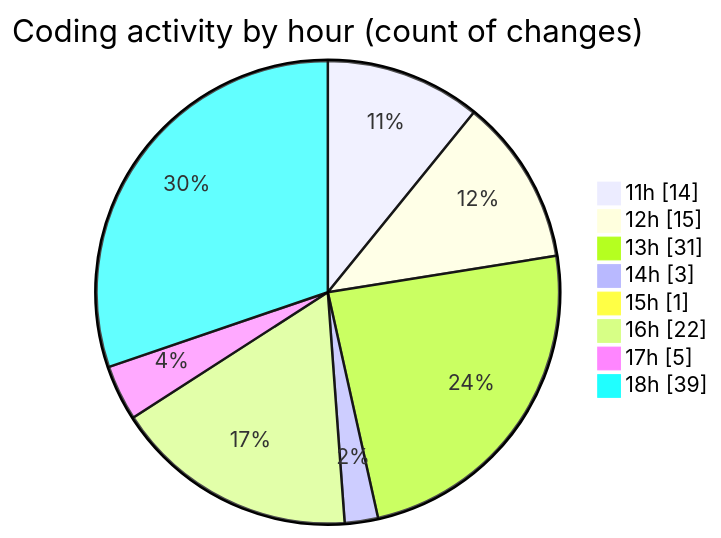
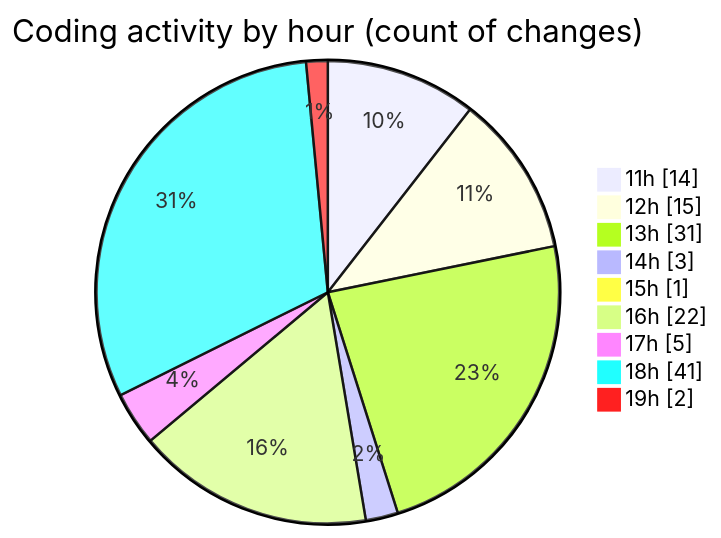
The second of 2 diagrams in 2025-07-09/argos/README.md (nxtqubesakshisongat/code-tracking), drawn with Mermaid before and after one commit. The commit also changed other lines of this file and 1 other file, not shown here.

````diff
--- a/2025-07-09/argos/README.md
+++ b/2025-07-09/argos/README.md
@@ -37,12 +37,13 @@
 ```mermaid
 pie showData
 title Coding activity by hour (count of changes)
 "11h" : 14
 "12h" : 15
 "13h" : 31
 "14h" : 3
 "15h" : 1
 "16h" : 22
 "17h" : 5
-"18h" : 39
+"18h" : 41
+"19h" : 2
 ```
````
